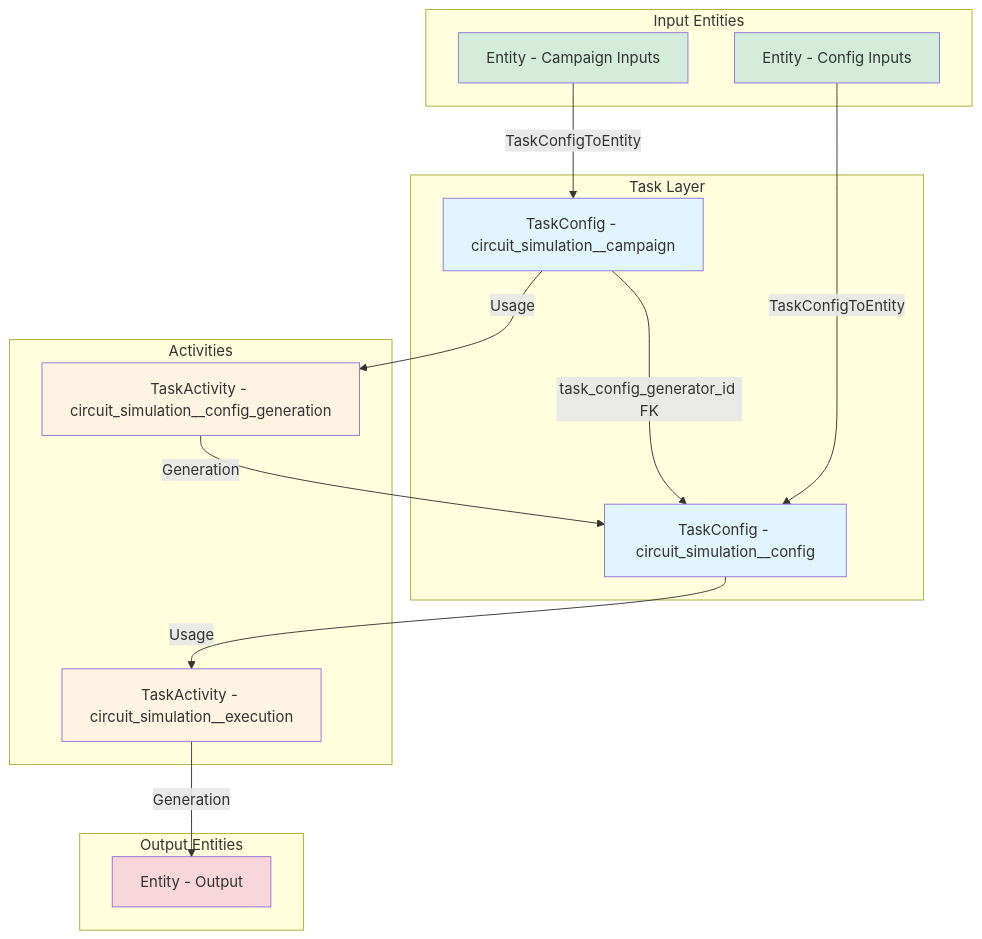
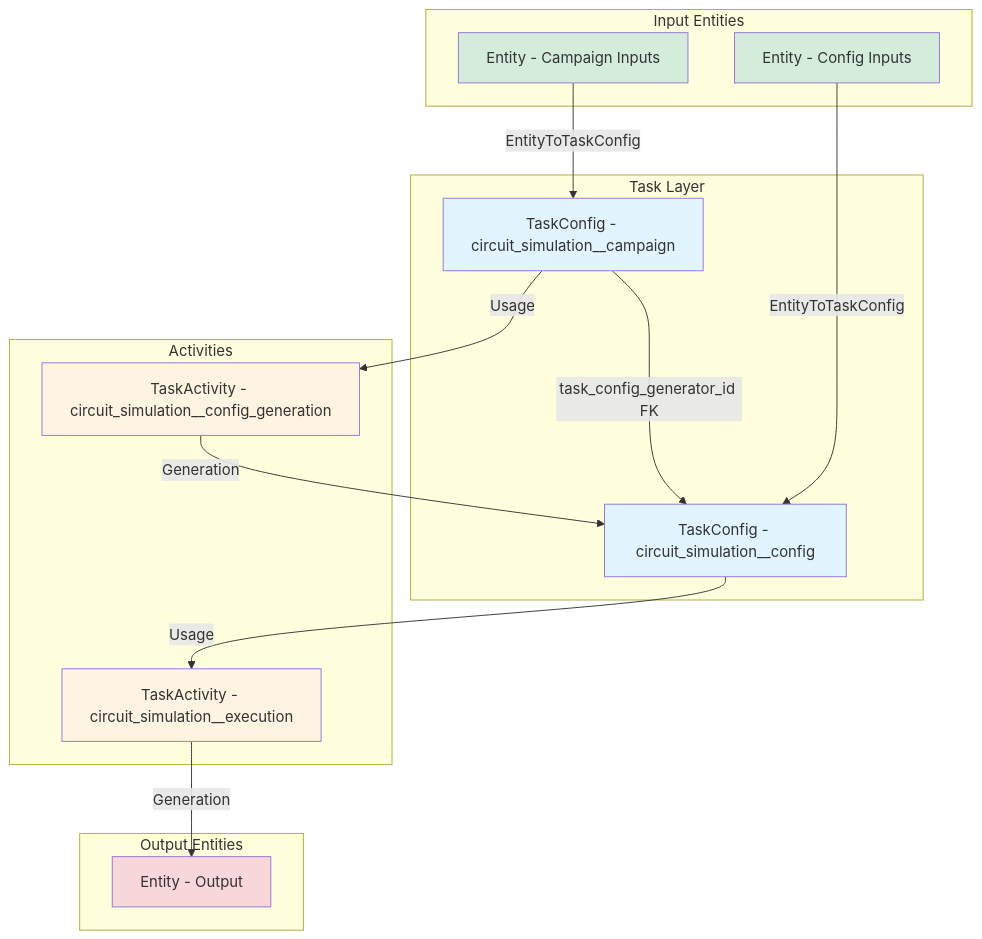
The first of 2 diagrams in docs/task-models-diagram.md (openbraininstitute/entitycore), drawn with Mermaid before and after one commit. The commit also changed other lines of this file and 4 other files, not shown here.

Commit message:
Rename TaskConfigToEntity to EntityToTaskConfig (#546)

````diff
--- a/docs/task-models-diagram.md
+++ b/docs/task-models-diagram.md
@@ -3,39 +3,39 @@
 ```mermaid
 flowchart TD
     subgraph Inputs["Input Entities"]
         EIn1[Entity - Campaign Inputs]
         EIn2[Entity - Config Inputs]
     end
 
     subgraph Task_Layer["Task Layer"]
         TC1[TaskConfig - circuit_simulation__campaign]
         TC2[TaskConfig - circuit_simulation__config]
     end
 
     subgraph Activities
         TA1[TaskActivity - circuit_simulation__config_generation]
         TA2[TaskActivity - circuit_simulation__execution]
     end
 
     subgraph Output["Output Entities"]
         EOut[Entity - Output]
     end
 
-    EIn1 -->|TaskConfigToEntity| TC1
-    EIn2 -->|TaskConfigToEntity| TC2
+    EIn1 -->|EntityToTaskConfig| TC1
+    EIn2 -->|EntityToTaskConfig| TC2
     TC1 -->|task_config_generator_id FK| TC2
 
     TC1 -->|Usage| TA1
     TA1 -->|Generation| TC2
 
     TC2 -->|Usage| TA2
     TA2 -->|Generation| EOut
 
     style TC1 fill:#e1f5ff
     style TC2 fill:#e1f5ff
     style EIn1 fill:#d4edda
     style EIn2 fill:#d4edda
     style EOut fill:#f8d7da
     style TA1 fill:#fff4e1
     style TA2 fill:#fff4e1
 ```
````
